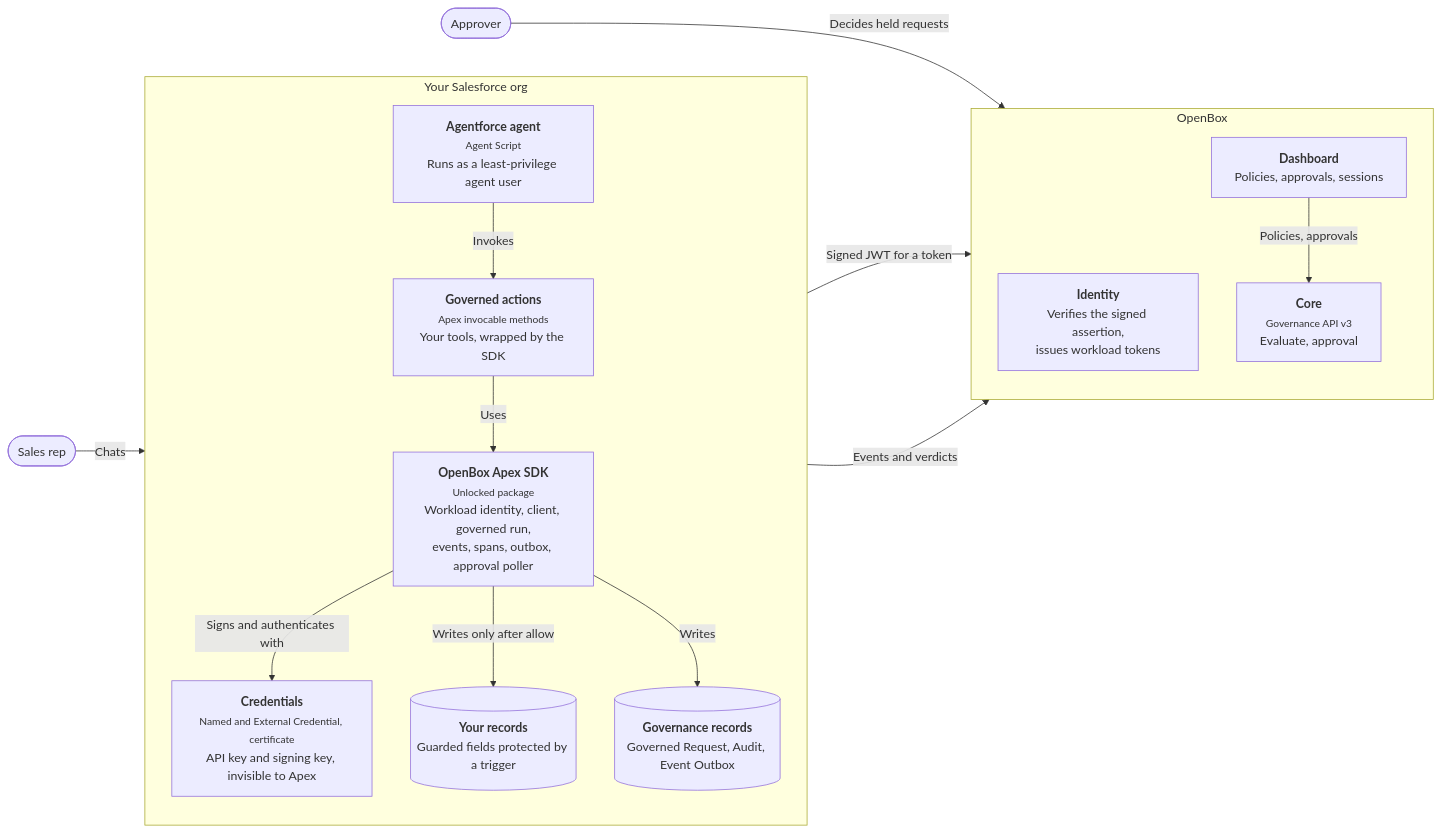
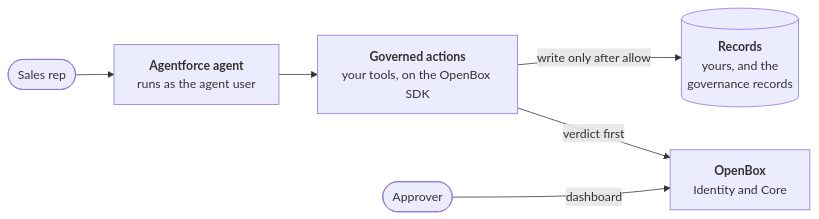
Before and after one commit to OpenBox-AI/openbox-document: the first of 2 diagrams in website/docs/developer-guide/salesforce-agentforce/index.mdx, drawn with Mermaid. The commit also changed other lines of this file and 7 other files, not shown here.

First line of the commit message:
[PROD-1179] docs(salesforce): correct the Agentforce pages after a review against the SDK source

````diff
--- a/website/docs/developer-guide/salesforce-agentforce/index.mdx
+++ b/website/docs/developer-guide/salesforce-agentforce/index.mdx
@@ -31,34 +31,15 @@
 ```mermaid
 flowchart LR
   rep(["Sales rep"])
-
-  subgraph org["Your Salesforce org"]
-    direction TB
-    agent["<b>Agentforce agent</b><br/><small>Agent Script</small><br/>Runs as a least-privilege agent user"]
-    actions["<b>Governed actions</b><br/><small>Apex invocable methods</small><br/>Your tools, wrapped by the SDK"]
-    sdk["<b>OpenBox Apex SDK</b><br/><small>Unlocked package</small><br/>Workload identity, client, governed run,<br/>events, spans, outbox, approval poller"]
-    creds["<b>Credentials</b><br/><small>Named and External Credential, certificate</small><br/>API key and signing key, invisible to Apex"]
-    data[("<b>Your records</b><br/>Guarded fields protected by a trigger")]
-    records[("<b>Governance records</b><br/>Governed Request, Audit, Event Outbox")]
-  end
-
-  subgraph ob["OpenBox"]
-    direction TB
-    identity["<b>Identity</b><br/>Verifies the signed assertion,<br/>issues workload tokens"]
-    core["<b>Core</b><br/><small>Governance API v3</small><br/>Evaluate, approval"]
-    dash["<b>Dashboard</b><br/>Policies, approvals, sessions"]
-  end
-
+  agent["<b>Agentforce agent</b><br/>runs as the agent user"]
+  sdk["<b>Governed actions</b><br/>your tools, on the OpenBox SDK"]
+  data[("<b>Records</b><br/>yours, and the<br/>governance records")]
+  core["<b>OpenBox</b><br/>Identity and Core"]
   approver(["Approver"])
 
-  rep -- "Chats" --> agent
-  agent -- "Invokes" --> actions
-  actions -- "Uses" --> sdk
-  sdk -- "Signs and authenticates with" --> creds
-  sdk -- "Writes only after allow" --> data
-  sdk -- "Writes" --> records
-  sdk -- "Signed JWT for a token" --> identity
-  sdk -- "Events and verdicts" --> core
-  dash -- "Policies, approvals" --> core
-  approver -- "Decides held requests" --> dash
+  rep --> agent
+  agent --> sdk
+  sdk -- "verdict first" --> core
+  sdk -- "write only after allow" --> data
+  approver -- "dashboard" --> core
 ```
````
